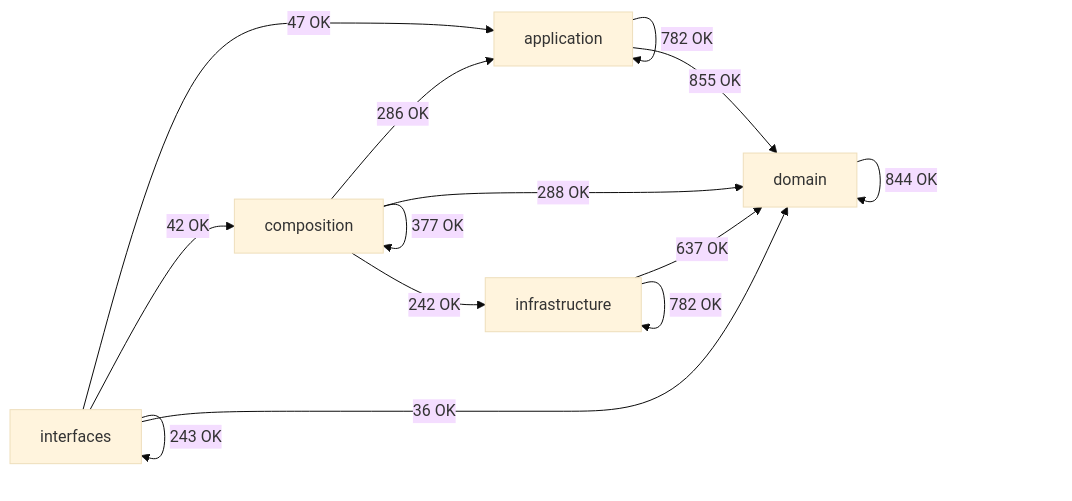
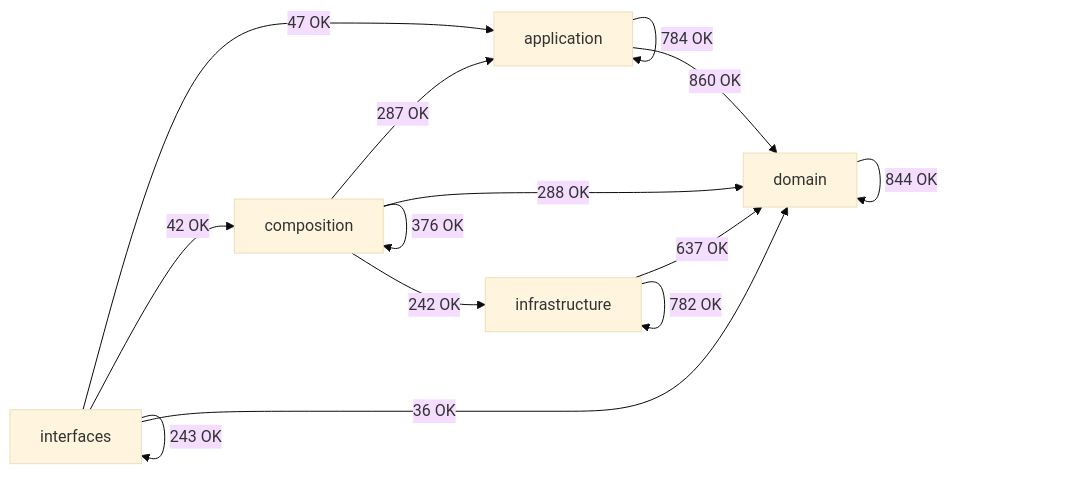
Before and after one commit to SatoryKono/BioactivityDataAcquisition: the diagram in docs/02-architecture/generated/module-dependency-map.md, drawn with Mermaid (base theme). The commit also changed other lines of this file and 60 other files, not shown here.

````diff
--- a/docs/02-architecture/generated/module-dependency-map.md
+++ b/docs/02-architecture/generated/module-dependency-map.md
@@ -26,21 +26,21 @@
 ```mermaid
 flowchart LR
     domain[domain]
     application[application]
     infrastructure[infrastructure]
     composition[composition]
     interfaces[interfaces]
-    application -->|782 OK| application
-    application -->|855 OK| domain
-    composition -->|286 OK| application
-    composition -->|377 OK| composition
+    application -->|784 OK| application
+    application -->|860 OK| domain
+    composition -->|287 OK| application
+    composition -->|376 OK| composition
     composition -->|288 OK| domain
     composition -->|242 OK| infrastructure
     domain -->|844 OK| domain
     infrastructure -->|637 OK| domain
     infrastructure -->|782 OK| infrastructure
     interfaces -->|47 OK| application
     interfaces -->|42 OK| composition
     interfaces -->|36 OK| domain
     interfaces -->|243 OK| interfaces
 ```
````
